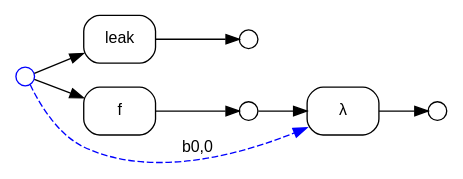
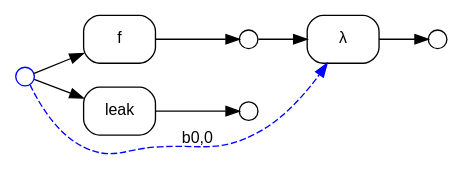
One commit to ammatsui/bhypvis changed the diagram in safety_unsafe_leaking_bound_variable.dot. Above: the diagram before and after it, drawn with Graphviz. The commit also changed other lines of this file and 828 other files, not shown here.

```diff
--- a/safety_unsafe_leaking_bound_variable.dot
+++ b/safety_unsafe_leaking_bound_variable.dot
@@ -1,29 +1,29 @@
 digraph G {
   fontname="Helvetica"
   fontsize=12
   rankdir=LR;
   node [fontname="Helvetica", fontsize=12];
   edge [fontname="Helvetica", fontsize=12];
 
   // Nodes
+  n1 [label="", shape=circle, style=filled, fillcolor=white, color="black", width=0.2, height=0.2, fixedsize=true];
+  n0 [label="", shape=circle, style=filled, fillcolor=white, color="blue", width=0.2, height=0.2, fixedsize=true];
+  n3 [label="", shape=circle, style=filled, fillcolor=white, color="black", width=0.2, height=0.2, fixedsize=true];
   n2 [label="", shape=circle, style=filled, fillcolor=white, color="black", width=0.2, height=0.2, fixedsize=true];
-  n3 [label="", shape=circle, style=filled, fillcolor=white, color="black", width=0.2, height=0.2, fixedsize=true];
-  n0 [label="", shape=circle, style=filled, fillcolor=white, color="blue", width=0.2, height=0.2, fixedsize=true];
-  n1 [label="", shape=circle, style=filled, fillcolor=white, color="black", width=0.2, height=0.2, fixedsize=true];
 
   // Hyperedges
+  e0 [label="f", shape=box, style=rounded, color="black"];
   e2 [label="leak", shape=box, style=rounded, color="black"];
-  e0 [label="f", shape=box, style=rounded, color="black"];
   e1 [label="λ", shape=box, style=rounded, color="black"];
 
   // Source connections
+  n0 -> e0 [label=""];
   n0 -> e2 [label=""];
-  n0 -> e0 [label=""];
   n1 -> e1 [label=""];
   n0 -> e1 [style=dashed, color="blue", constraint=false, label="b0,0"];
 
   // Target connections
+  e0 -> n1 [label=""];
   e2 -> n3 [label=""];
-  e0 -> n1 [label=""];
   e1 -> n2 [label=""];
 }
```
